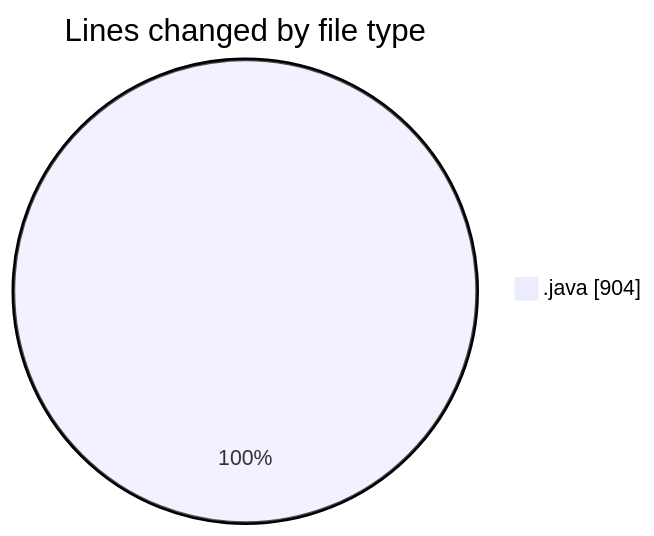
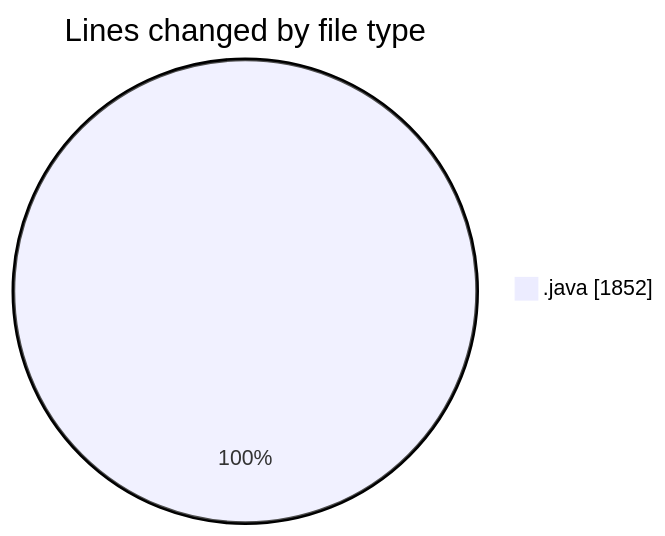
One commit to ricardozamudiocil/code-tracking changed the first of 2 diagrams in 2026-03-12/cilapp/README.md. Above: the diagram before and after it, drawn with Mermaid. The commit also changed other lines of this file and 1 other file, not shown here.

````diff
--- a/2026-03-12/cilapp/README.md
+++ b/2026-03-12/cilapp/README.md
@@ -21,5 +22,5 @@
 ```mermaid
 pie showData
 title Lines changed by file type
-".java" : 904
+".java" : 1852
 ```
````
